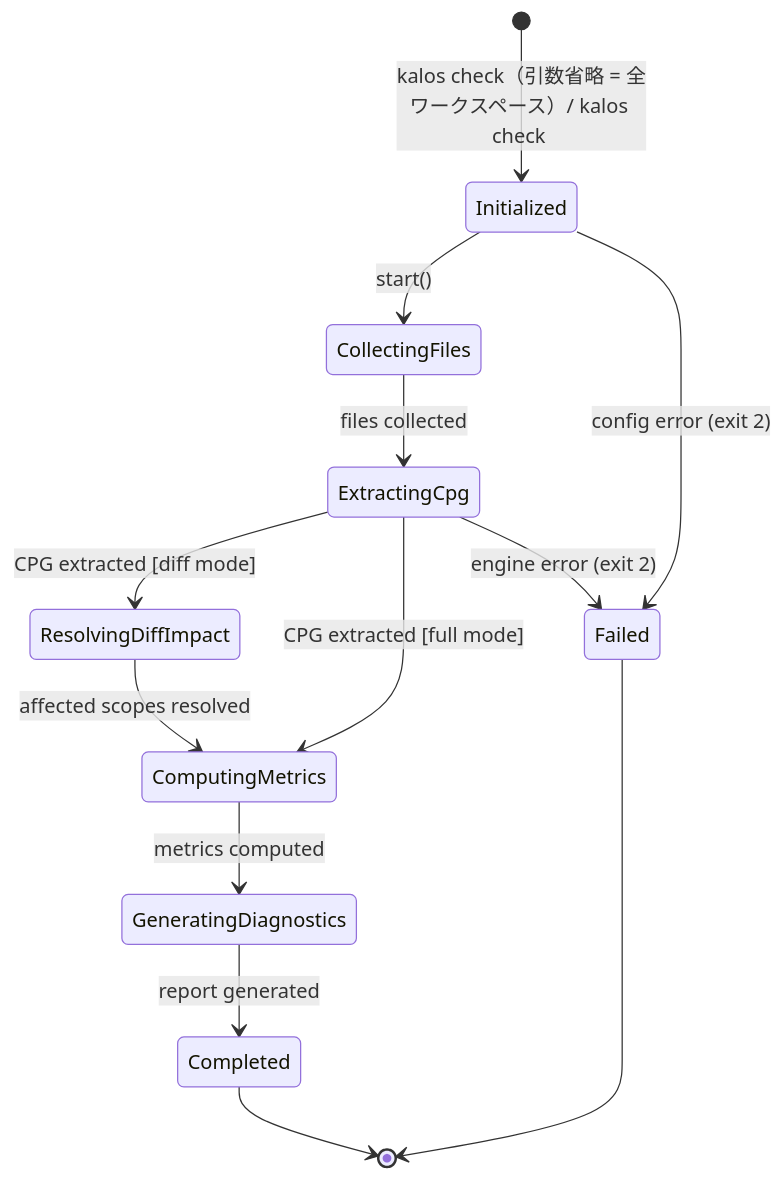
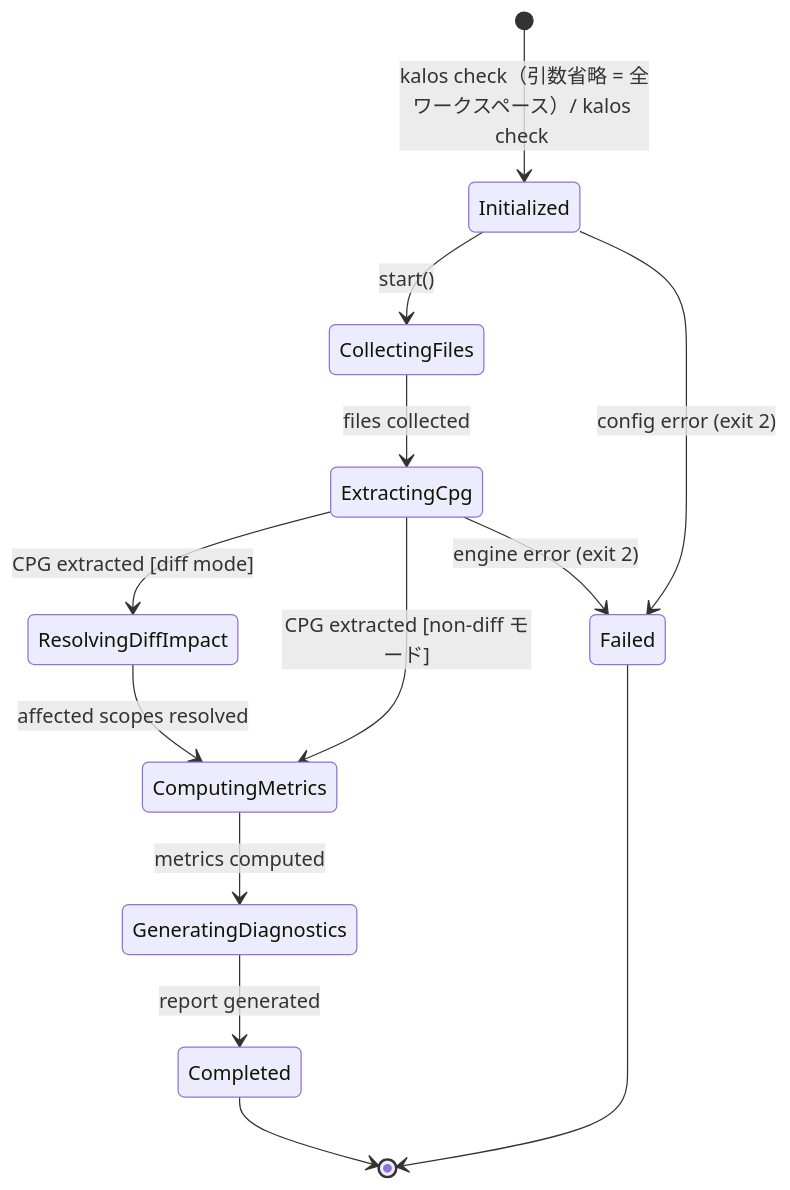
One commit to RK0429/kalos changed the eighth of 9 diagrams in docs/domain_model.md. Above: the diagram before and after it, drawn with Mermaid. The commit also changed other lines of this file and 6 other files, not shown here.

````diff
--- a/docs/domain_model.md
+++ b/docs/domain_model.md
@@ -684,16 +684,16 @@
 ```mermaid
 stateDiagram-v2
     [*] --> Initialized: kalos check（引数省略 = 全ワークスペース）/ kalos check <path>...（部分集合）
     Initialized --> CollectingFiles: start()
     CollectingFiles --> ExtractingCpg: files collected
     ExtractingCpg --> ResolvingDiffImpact: CPG extracted [diff mode]
-    ExtractingCpg --> ComputingMetrics: CPG extracted [full mode]
+    ExtractingCpg --> ComputingMetrics: CPG extracted [non-diff モード]
     ResolvingDiffImpact --> ComputingMetrics: affected scopes resolved
     ComputingMetrics --> GeneratingDiagnostics: metrics computed
     GeneratingDiagnostics --> Completed: report generated
 
     ExtractingCpg --> Failed: engine error (exit 2)
     Initialized --> Failed: config error (exit 2)
     Failed --> [*]
     Completed --> [*]
 ```
````
